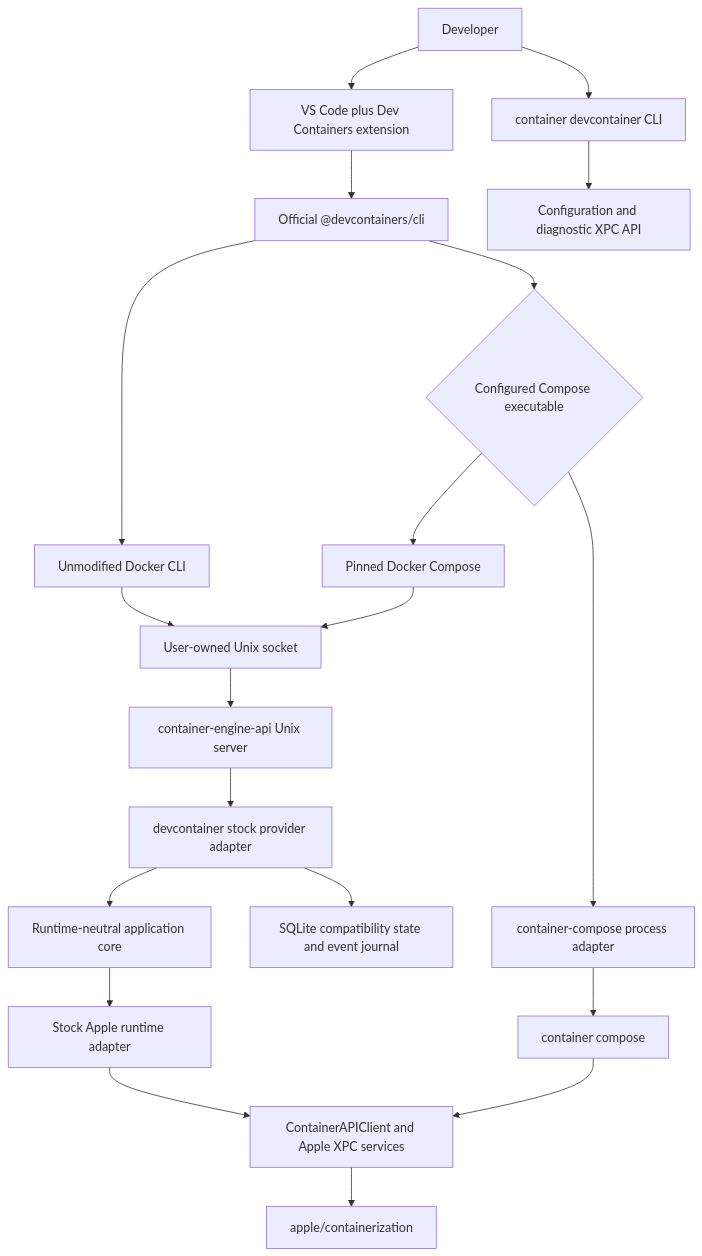
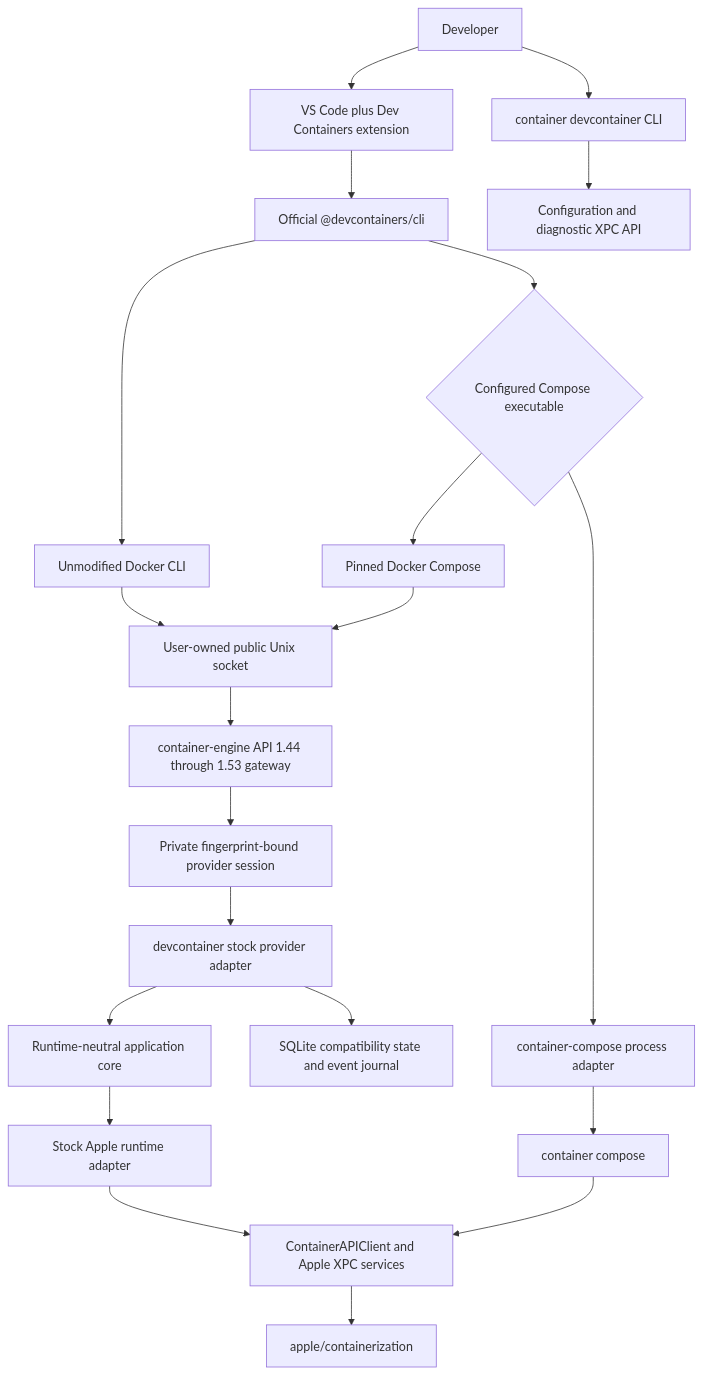
The first of 6 diagrams in DESIGN.md (stephenlclarke/devcontainer), drawn with Mermaid before and after one commit. The commit also changed other lines of this file and 10 other files, not shown here.

Commit message:
feat(engine): expose stock provider session

````diff
--- a/DESIGN.md
+++ b/DESIGN.md
@@ -73,22 +73,23 @@
 ```mermaid
 flowchart TB
     Developer["Developer"] --> VSCode["VS Code plus Dev Containers extension"]
     Developer --> NativeCLI["container devcontainer CLI"]
     VSCode --> ReferenceCLI["Official @devcontainers/cli"]
     NativeCLI --> Control["Configuration and diagnostic XPC API"]
     ReferenceCLI --> DockerCLI["Unmodified Docker CLI"]
     ReferenceCLI --> ComposeSelector{"Configured Compose executable"}
-    DockerCLI --> Socket["User-owned Unix socket"]
-    Socket --> Shared["container-engine-api Unix server"]
-    Shared --> Service["devcontainer stock provider adapter"]
+    DockerCLI --> Socket["User-owned public Unix socket"]
+    Socket --> Shared["container-engine API 1.44 through 1.53 gateway"]
+    Shared --> Private["Private fingerprint-bound provider session"]
+    Private --> Service["devcontainer stock provider adapter"]
     Service --> RuntimeCore["Runtime-neutral application core"]
     RuntimeCore --> AppleAdapter["Stock Apple runtime adapter"]
     AppleAdapter --> AppleAPI["ContainerAPIClient and Apple XPC services"]
     AppleAPI --> Containerization["apple/containerization"]
     ComposeSelector --> DockerCompose["Pinned Docker Compose"]
     DockerCompose --> Socket
     ComposeSelector --> ComposeAdapter["container-compose process adapter"]
     ComposeAdapter --> ContainerCompose["container compose"]
     ContainerCompose --> AppleAPI
     Service --> State["SQLite compatibility state and event journal"]
 ```
````
